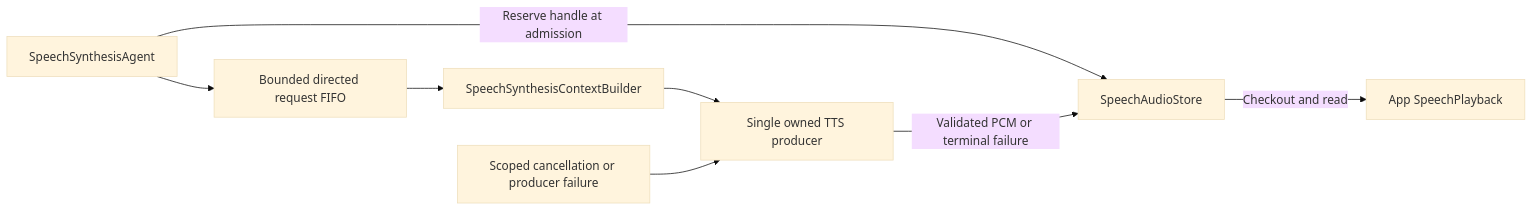
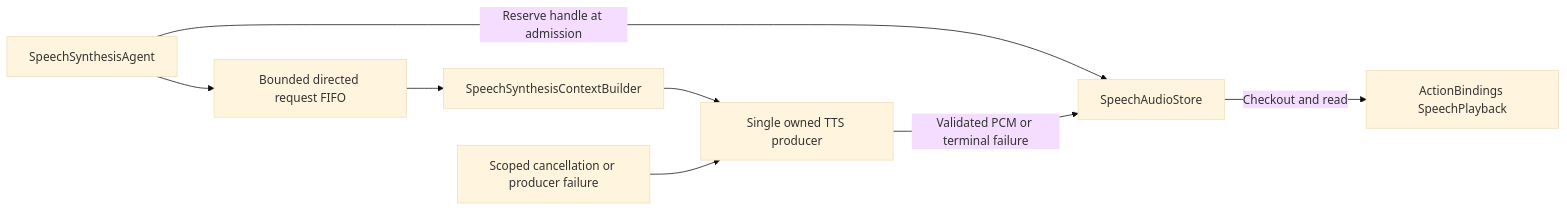
One commit to devilyouwei/MobileHarness changed the second of 2 diagrams in MobileHarness/Agents/SpeechSynthesis/README.md. Above: the diagram before and after it, drawn with Mermaid (base theme). The commit also changed other lines of this file and 254 other files, not shown here.

First line of the commit message:
refactor: isolate app composition and module bindings

````diff
--- a/MobileHarness/Agents/SpeechSynthesis/README.md
+++ b/MobileHarness/Agents/SpeechSynthesis/README.md
@@ -26,10 +26,10 @@
 ```mermaid
 flowchart LR
  Agent[SpeechSynthesisAgent] --> Queue[Bounded directed request FIFO]
  Agent -->|Reserve handle at admission| Store[SpeechAudioStore]
  Queue --> Builder[SpeechSynthesisContextBuilder]
  Builder --> Producer[Single owned TTS producer]
  Producer -->|Validated PCM or terminal failure| Store
  Cancel[Scoped cancellation or producer failure] --> Producer
- Store -->|Checkout and read| Playback[App SpeechPlayback]
+ Store -->|Checkout and read| Playback[ActionBindings SpeechPlayback]
 ```
````
